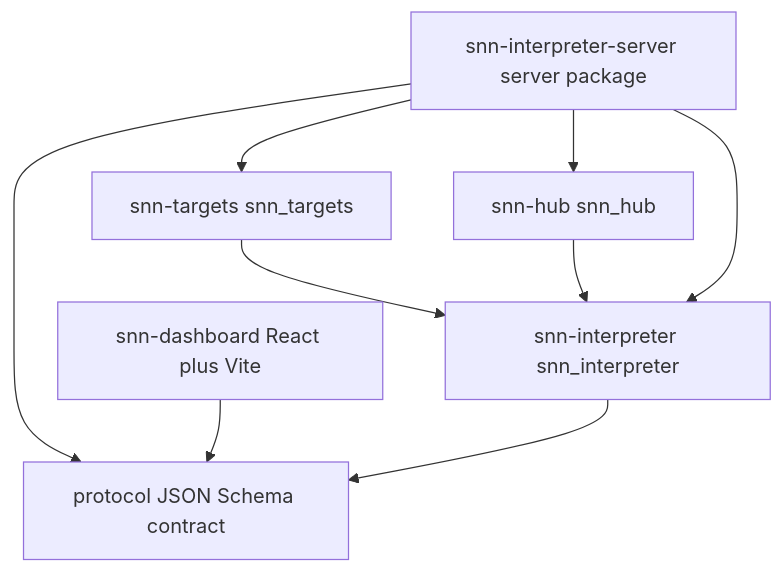
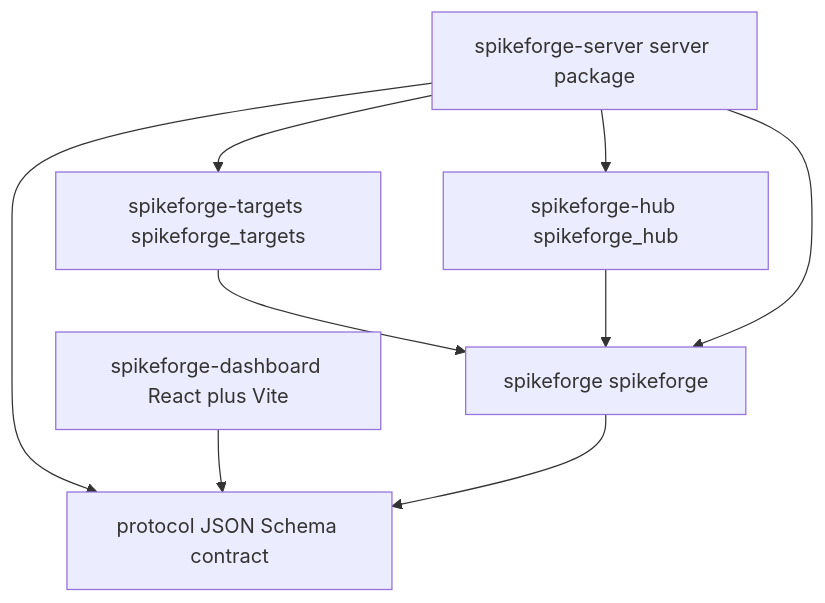
Before and after one commit to Capsize-Games/spikeforge: the diagram in plans/arch-0001-target-topology.md, drawn with Mermaid. The commit also changed other lines of this file and 697 other files, not shown here.

````diff
--- a/plans/arch-0001-target-topology.md
+++ b/plans/arch-0001-target-topology.md
@@ -71,18 +71,18 @@
 ```mermaid
 flowchart TB
-    dashboard[snn-dashboard React plus Vite]
-    server[snn-interpreter-server server package]
-    hub[snn-hub snn_hub]
-    targets[snn-targets snn_targets]
-    core[snn-interpreter snn_interpreter]
+    dashboard[spikeforge-dashboard React plus Vite]
+    server[spikeforge-server server package]
+    hub[spikeforge-hub spikeforge_hub]
+    targets[spikeforge-targets spikeforge_targets]
+    core[spikeforge spikeforge]
     protocol[protocol JSON Schema contract]
 
     targets --> core
     hub --> core
     server --> core
     server --> targets
     server --> hub
     server --> protocol
     dashboard --> protocol
     core --> protocol
 ```
````
